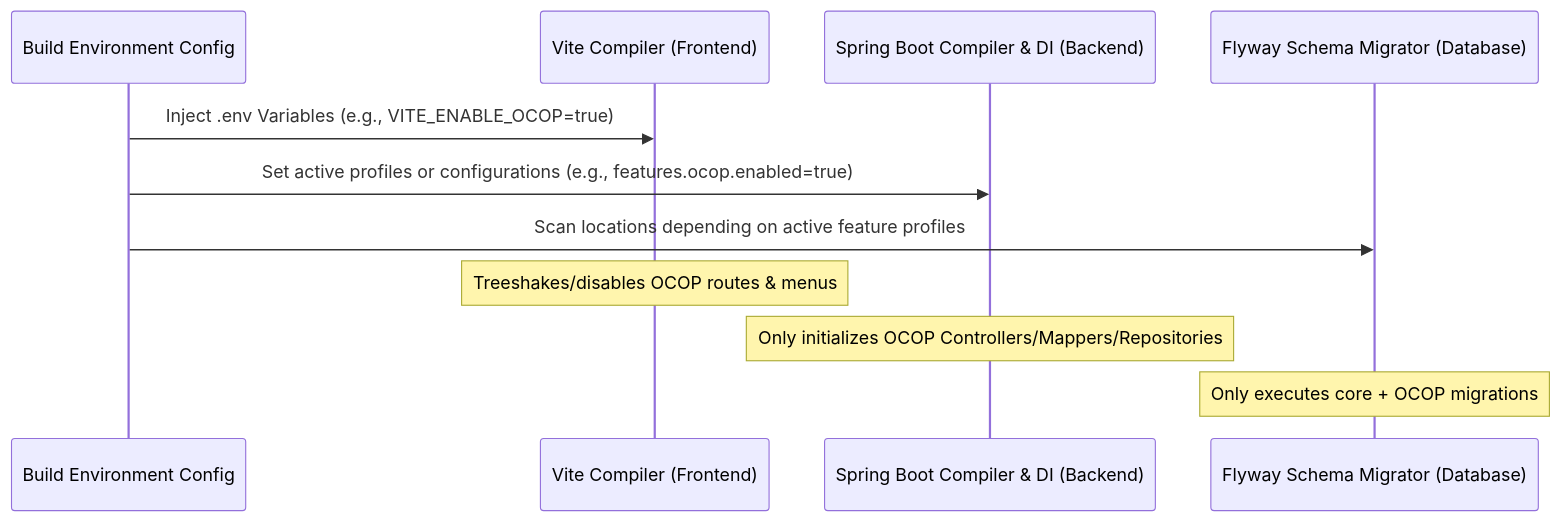
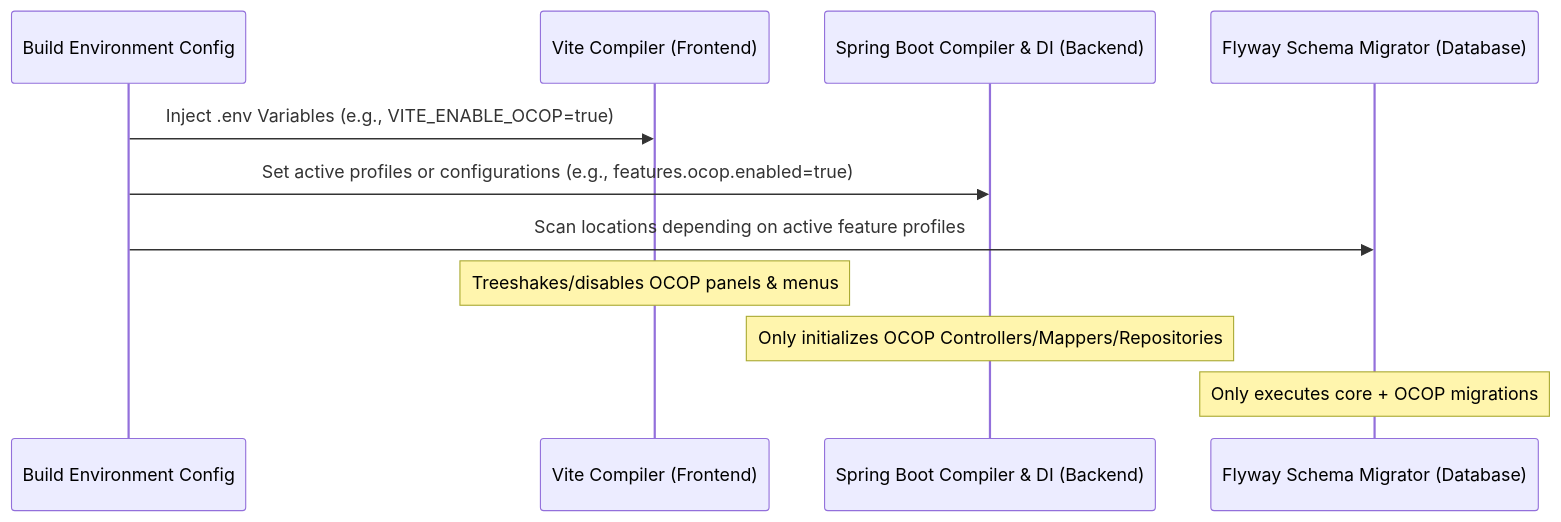
One commit to GMIOS25/WEB-GIS-TEMPLATE changed the second of 3 diagrams in docs/en/ARCHITECTURE SPECIFICATION.md. Above: the diagram before and after it, drawn with Mermaid. The commit also changed other lines of this file, not shown here.

Commit message:
feat: implement CRUD modules for Science, Agriculture, and Ocop panels with enhanced GIS visualization features

````diff
--- a/docs/en/ARCHITECTURE SPECIFICATION.md
+++ b/docs/en/ARCHITECTURE SPECIFICATION.md
@@ -53,15 +53,15 @@
 ```mermaid
 sequenceDiagram
     participant Config as Build Environment Config
     participant FE as Vite Compiler (Frontend)
     participant BE as Spring Boot Compiler & DI (Backend)
     participant DB as Flyway Schema Migrator (Database)
 
     Config->>FE: Inject .env Variables (e.g., VITE_ENABLE_OCOP=true)
     Config->>BE: Set active profiles or configurations (e.g., features.ocop.enabled=true)
     Config->>DB: Scan locations depending on active feature profiles
 
-    Note over FE: Treeshakes/disables OCOP routes & menus
+    Note over FE: Treeshakes/disables OCOP panels & menus
     Note over BE: Only initializes OCOP Controllers/Mappers/Repositories
     Note over DB: Only executes core + OCOP migrations
 ```
````
